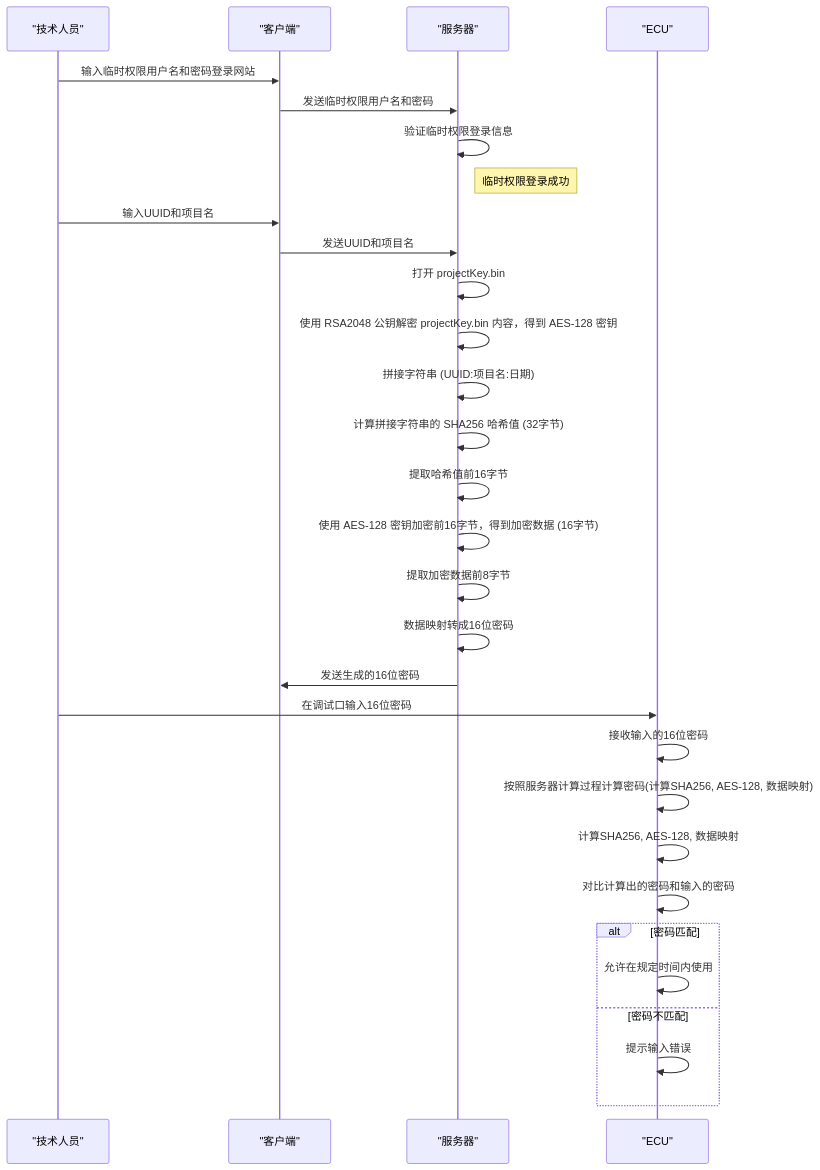
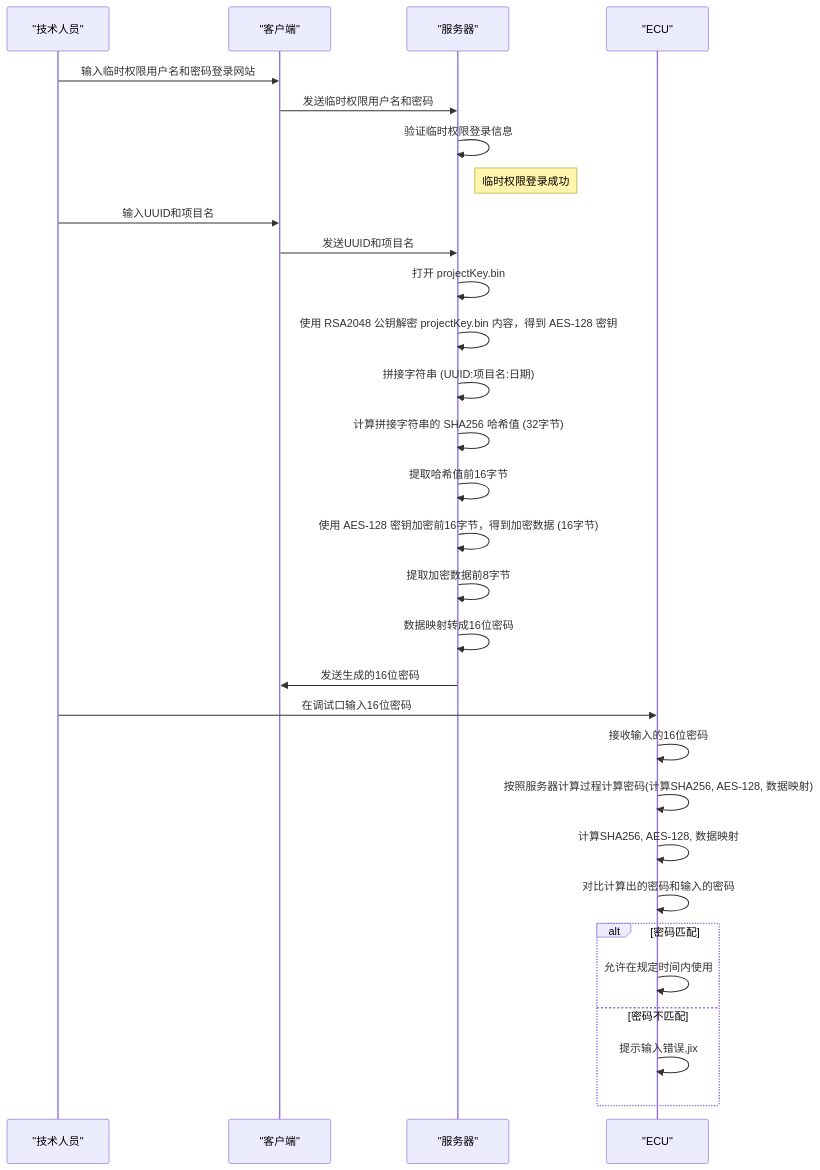
The diagram in all/未命名-6.md (facebook-cloud/iodraw-files), drawn with Mermaid before and after one commit.

Commit message:
2026-01-05 20:23:25 update

````diff
--- a/all/未命名-6.md
+++ b/all/未命名-6.md
@@ -1,42 +1,42 @@
 ```mermaid
 sequenceDiagram
     participant Technician as "技术人员"
     participant Client as "客户端"
     participant Server as "服务器"
     participant ECU as "ECU"
 
     Technician->>Client: 输入临时权限用户名和密码登录网站
     Client->>Server: 发送临时权限用户名和密码
 
     Server->>Server: 验证临时权限登录信息
     Note right of Server: 临时权限登录成功
 
     Technician->>Client: 输入UUID和项目名
     Client->>Server: 发送UUID和项目名
 
     Server->>Server: 打开 projectKey.bin
     Server->>Server: 使用 RSA2048 公钥解密 projectKey.bin 内容，得到 AES-128 密钥
 
     Server->>Server: 拼接字符串 (UUID:项目名:日期)
     Server->>Server: 计算拼接字符串的 SHA256 哈希值 (32字节)
     Server->>Server: 提取哈希值前16字节
     Server->>Server: 使用 AES-128 密钥加密前16字节，得到加密数据 (16字节)
     Server->>Server: 提取加密数据前8字节
     Server->>Server: 数据映射转成16位密码
 
     Server->>Client: 发送生成的16位密码
 
     Technician->>ECU: 在调试口输入16位密码
 
     ECU->>ECU: 接收输入的16位密码
     ECU->>ECU: 按照服务器计算过程计算密码(计算SHA256, AES-128, 数据映射)
 ;    ECU->>ECU: 计算SHA256, AES-128, 数据映射
 
     ECU->>ECU: 对比计算出的密码和输入的密码
     alt 密码匹配
         ECU->>ECU: 允许在规定时间内使用
     else 密码不匹配
-        ECU->>ECU: 提示输入错误
+        ECU->>ECU: 提示输入错误,jix
     end
 
 ```
````
